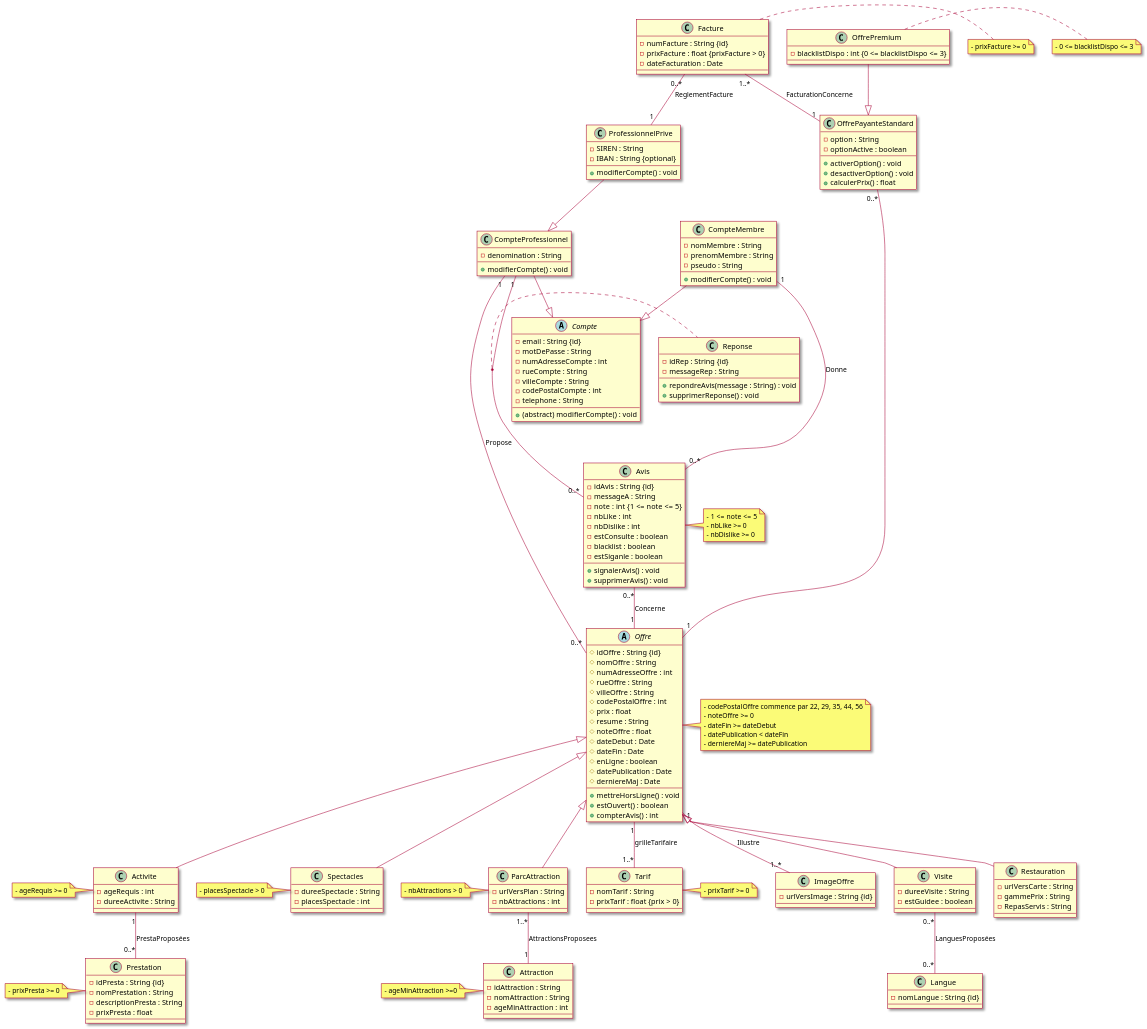
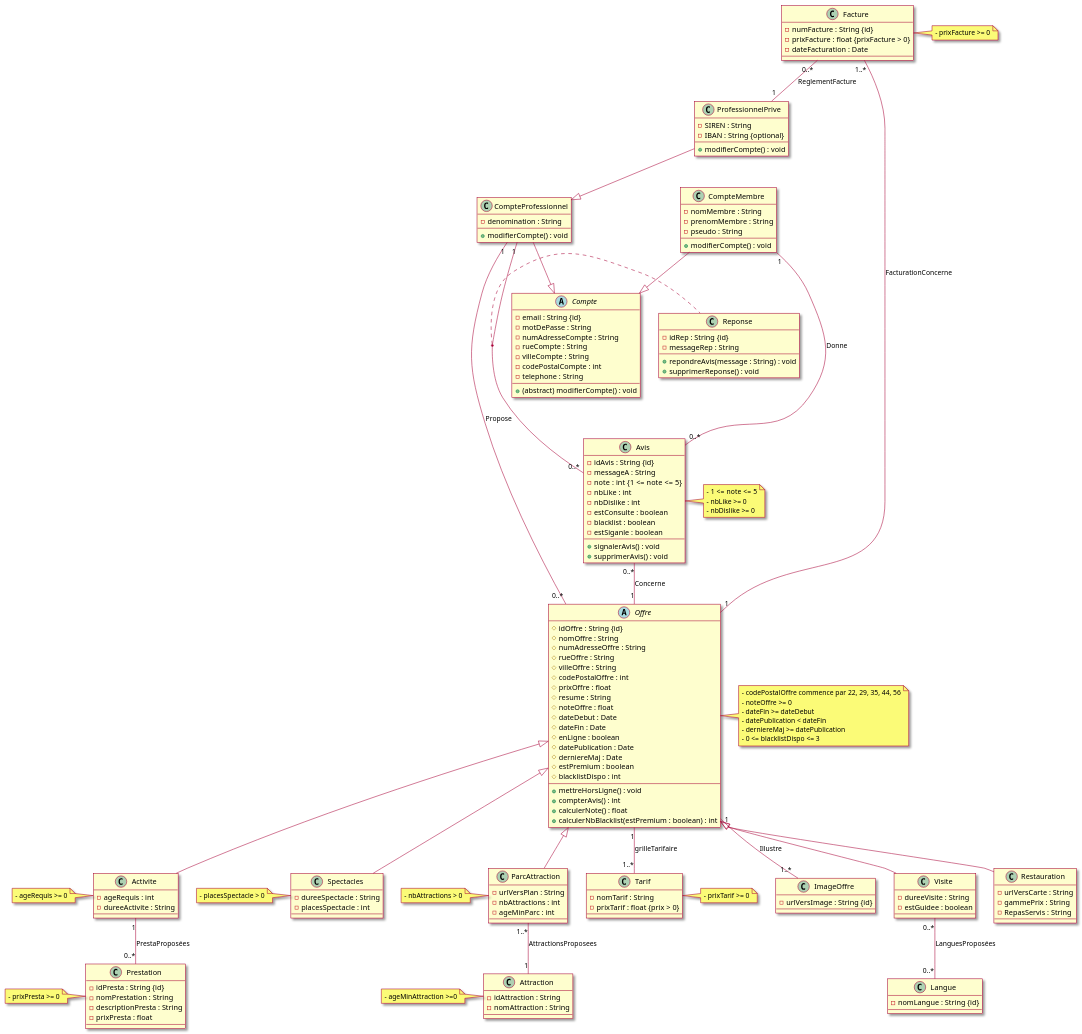
One commit to ArianeGL/c1.2-srfc changed the diagram in bdd/uml_alternatif.puml. Above: the diagram before and after it, drawn with PlantUML. The commit also changed 1 other file, not shown here.

Commit message:
change how we handle Offre pricing

```diff
--- a/bdd/uml_alternatif.puml
+++ b/bdd/uml_alternatif.puml
@@ -5,7 +5,7 @@
 abstract class Compte {
   - email : String {id}
   - motDePasse : String
-  - numAdresseCompte : int
+  - numAdresseCompte : String
   - rueCompte : String
   - villeCompte : String
   - codePostalCompte : int
@@ -40,11 +40,11 @@
 abstract class Offre {
   # idOffre : String {id}
   # nomOffre : String
-  # numAdresseOffre : int
+  # numAdresseOffre : String
   # rueOffre : String
   # villeOffre : String
   # codePostalOffre : int
-  # prix : float
+  # prixOffre : float
   # resume : String
   # noteOffre : float
   # dateDebut : Date
@@ -52,9 +52,12 @@
   # enLigne : boolean
   # datePublication : Date
   # derniereMaj : Date
+  # estPremium : boolean
+  # blacklistDispo : int
   + mettreHorsLigne() : void
-  + estOuvert() : boolean
   + compterAvis() : int
+  + calculerNote() : float
+  + calculerNbBlacklist(estPremium : boolean) : int
 }
 
 note right of Offre
@@ -63,6 +66,7 @@
 - dateFin >= dateDebut
 - datePublication < dateFin
 - derniereMaj >= datePublication
+- 0 <= blacklistDispo <= 3
 end note
 
 class ImageOffre {
@@ -108,13 +112,13 @@
 class ParcAttraction {
   - urlVersPlan : String
   - nbAttractions : int
+  - ageMinParc : int
 }
 note left of ParcAttraction:- nbAttractions > 0
 
 class Attraction {
   - idAttraction : String
   - nomAttraction : String
-  - ageMinAttraction : int
 }
 note left of Attraction:- ageMinAttraction >=0
 
@@ -132,14 +136,6 @@
 Offre <|-- ParcAttraction
 Offre <|-- Restauration
 
-class OffrePayanteStandard {
-  - option : String
-  - optionActive : boolean
-  + activerOption() : void
-  + desactiverOption() : void
-  + calculerPrix() : float
-}
-
 class Tarif {
   - nomTarif : String
   - prixTarif : float {prix > 0}
@@ -147,16 +143,6 @@
 note right of Tarif:- prixTarif >= 0
 
 Offre "1" -- "1..*" Tarif : grilleTarifaire
-
-
-class OffrePremium {
-  - blacklistDispo : int {0 <= blacklistDispo <= 3}
-}
-note right of OffrePremium:- 0 <= blacklistDispo <= 3
-
-OffrePayanteStandard "0..*" -- "1" Offre
-OffrePremium --|> OffrePayanteStandard
-
 
 class Avis {
   - idAvis : String {id}
@@ -197,7 +183,7 @@
 }
 note right of Facture:- prixFacture >= 0
 
-Facture "1..*" -- "1" OffrePayanteStandard: FacturationConcerne
+Facture "1..*" -- "1" Offre : FacturationConcerne
 Facture "0..*" -- "1" ProfessionnelPrive : ReglementFacture
 
 @enduml
```
